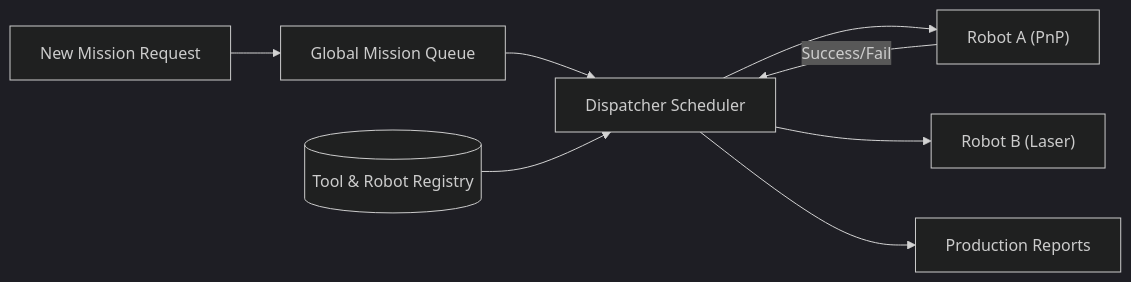
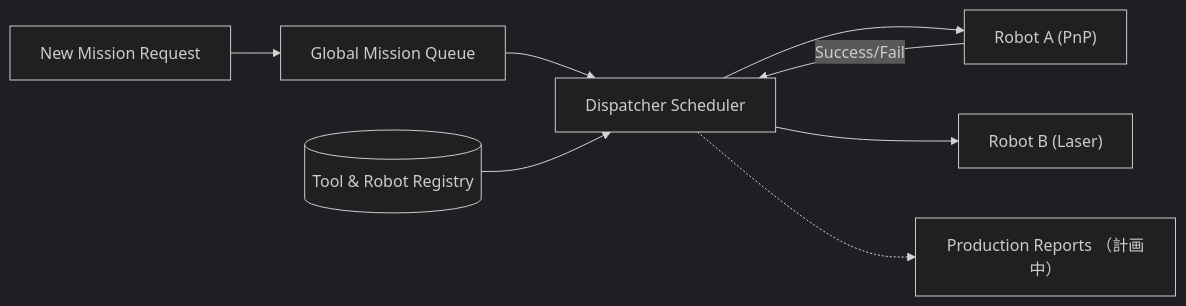
The diagram in README_jpn.md (JuanenRac/HYDRA-UMC-JOB-DISPATCHER), drawn with Mermaid (dark theme) before and after one commit. The commit also changed other lines of this file and 20 other files, not shown here.

````diff
--- a/README_jpn.md
+++ b/README_jpn.md
@@ -45,10 +45,10 @@
 ```mermaid
 flowchart LR
     REQ["New Mission Request"] --> Q["Global Mission Queue"]
     Q --> SCHED["Dispatcher Scheduler"]
     DB[("Tool & Robot Registry")] --> SCHED
     SCHED --> R1["Robot A (PnP)"]
     SCHED --> R2["Robot B (Laser)"]
     R1 -- Success/Fail --> SCHED
-    SCHED --> LOG["Production Reports"]
+    SCHED -.-> LOG["Production Reports （計画中）"]
 ```
````
